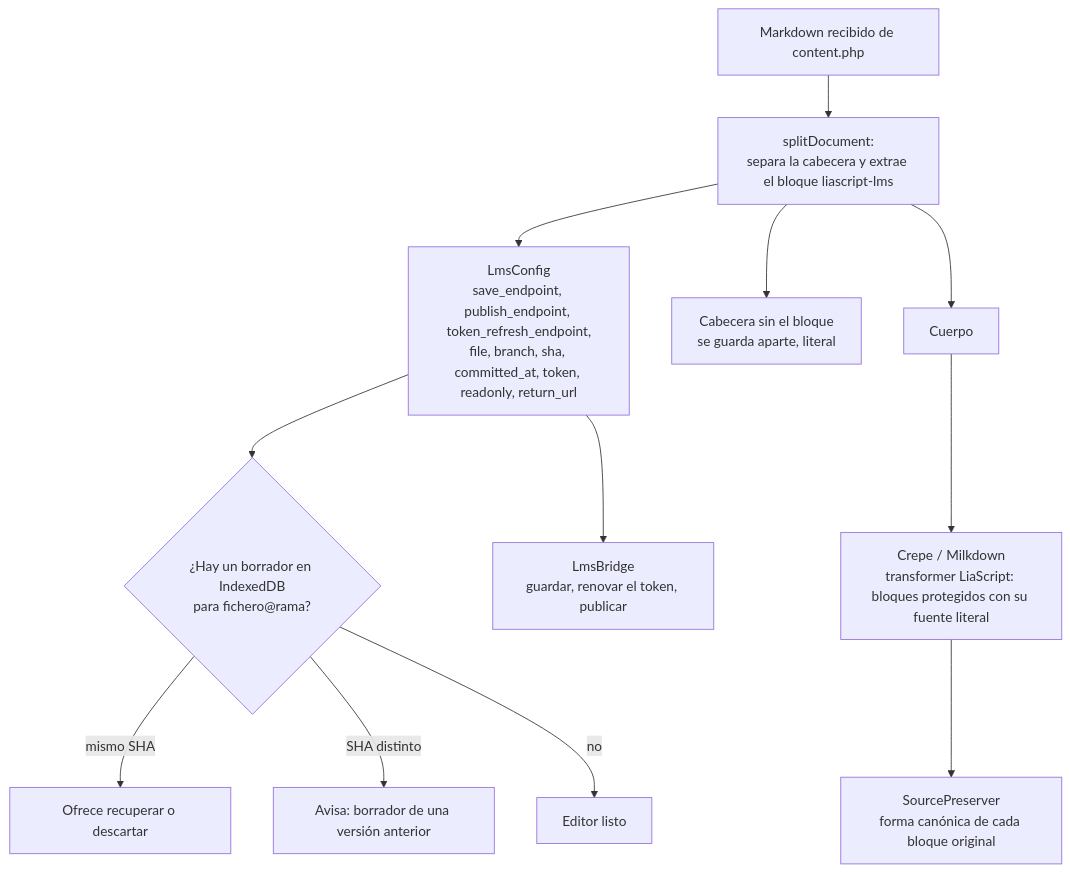
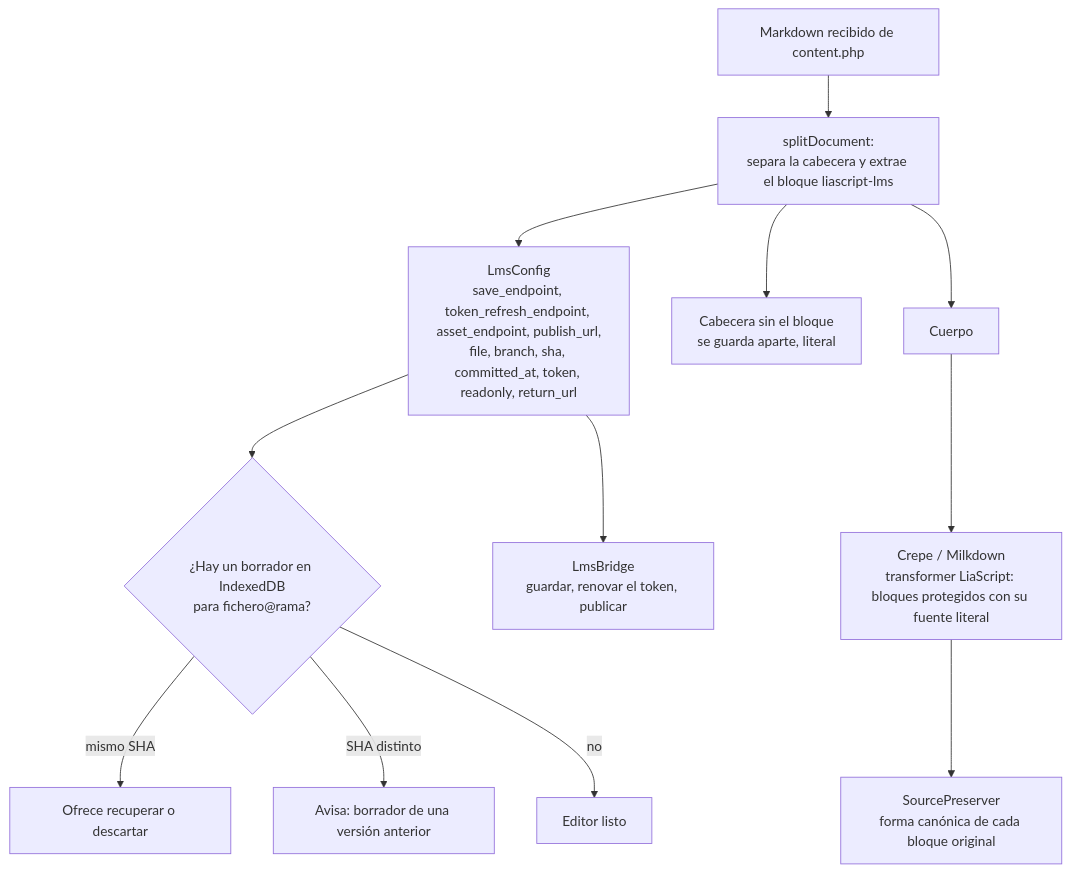
The third of 7 diagrams in docs/Flujos de datos — plugin, engine y editor.md (darioaxel/moodle-liaeditor-git), drawn with Mermaid before and after one commit. The commit also changed other lines of this file and 13 other files, not shown here.

````diff
--- a/docs/Flujos de datos — plugin, engine y editor.md
+++ b/docs/Flujos de datos — plugin, engine y editor.md
@@ -98,14 +98,14 @@
 ```mermaid
 flowchart TD
     A["Markdown recibido de content.php"] --> B["splitDocument:<br/>separa la cabecera y extrae el bloque liascript-lms"]
-    B --> C["LmsConfig<br/>save_endpoint, publish_endpoint, token_refresh_endpoint,<br/>file, branch, sha, committed_at, token, readonly, return_url"]
+    B --> C["LmsConfig<br/>save_endpoint, token_refresh_endpoint, asset_endpoint, publish_url,<br/>file, branch, sha, committed_at, token, readonly, return_url"]
     B --> D["Cabecera sin el bloque<br/>se guarda aparte, literal"]
     B --> E["Cuerpo"]
     E --> F["Crepe / Milkdown<br/>transformer LiaScript: bloques protegidos con su fuente literal"]
     F --> G["SourcePreserver<br/>forma canónica de cada bloque original"]
     C --> H["LmsBridge<br/>guardar, renovar el token, publicar"]
     C --> I{"¿Hay un borrador en IndexedDB<br/>para fichero@rama?"}
     I -- "mismo SHA" --> J["Ofrece recuperar o descartar"]
     I -- "SHA distinto" --> K["Avisa: borrador de una versión anterior"]
     I -- "no" --> L["Editor listo"]
 ```
````
